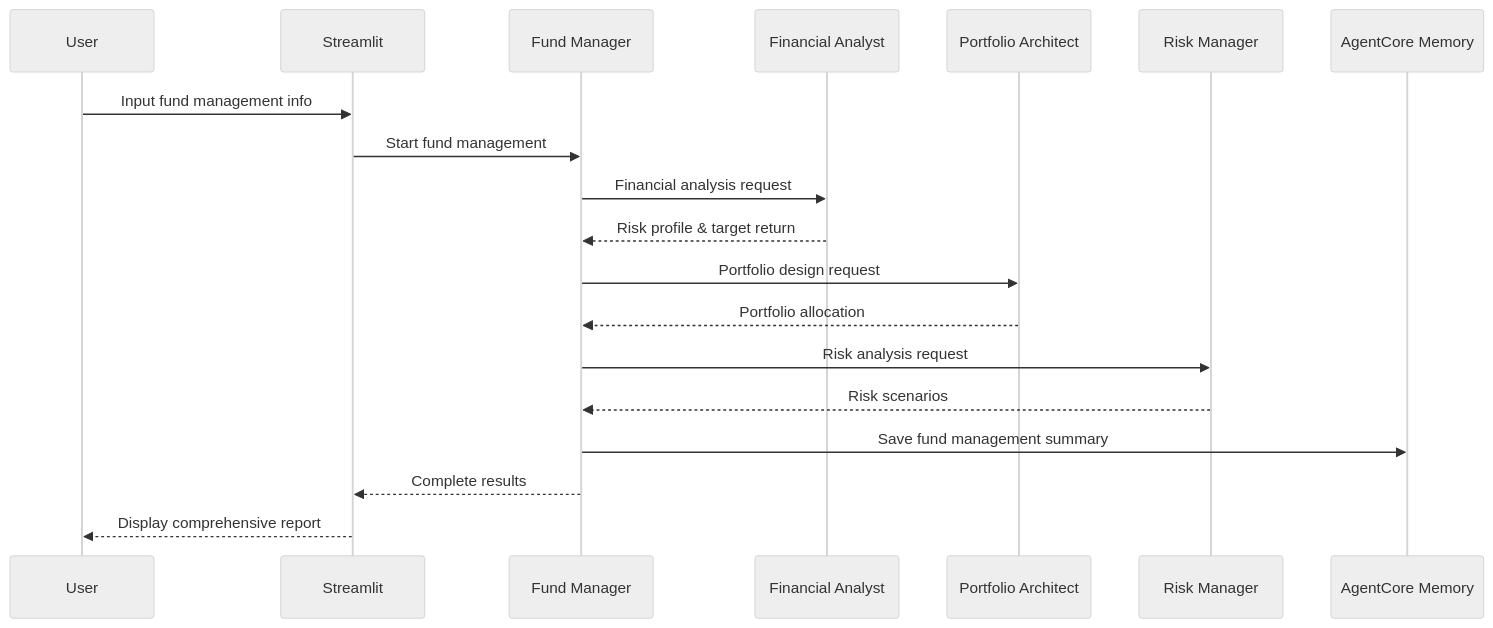
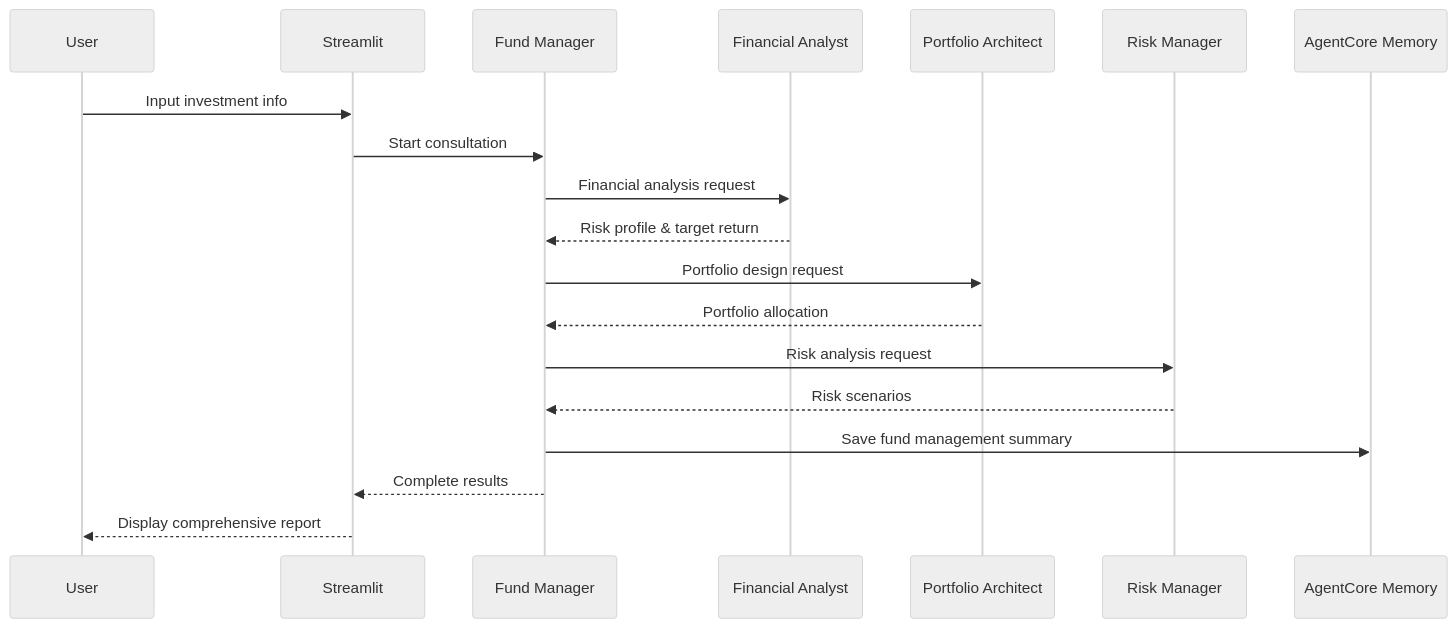
Before and after one commit to ksgsslee/agentic_ai_fund_manager: the diagram in fund_manager/README.md, drawn with Mermaid (neutral theme). The commit also changed 2 other files, not shown here.

Commit message:
fund_manager

````diff
--- a/fund_manager/README.md
+++ b/fund_manager/README.md
@@ -29,22 +29,22 @@
 ```mermaid
 sequenceDiagram
     participant U as User
     participant S as Streamlit
     participant I as Fund Manager
     participant F as Financial Analyst
     participant P as Portfolio Architect
     participant R as Risk Manager
     participant M as AgentCore Memory
     
-    U->>S: Input fund management info
-    S->>I: Start fund management
+    U->>S: Input investment info
+    S->>I: Start consultation
     I->>F: Financial analysis request
     F-->>I: Risk profile & target return
     I->>P: Portfolio design request
     P-->>I: Portfolio allocation
     I->>R: Risk analysis request
     R-->>I: Risk scenarios
     I->>M: Save fund management summary
     I-->>S: Complete results
     S-->>U: Display comprehensive report
 ```
````
